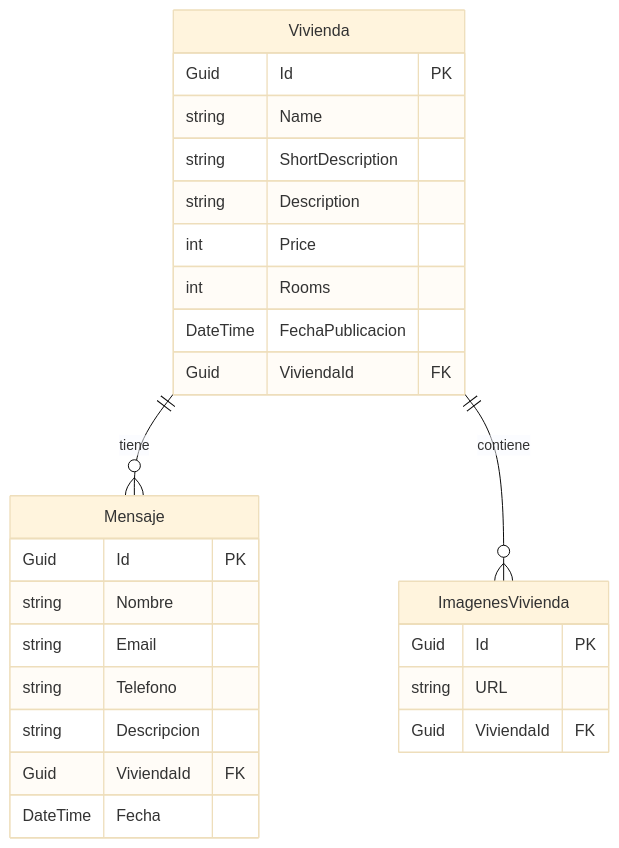
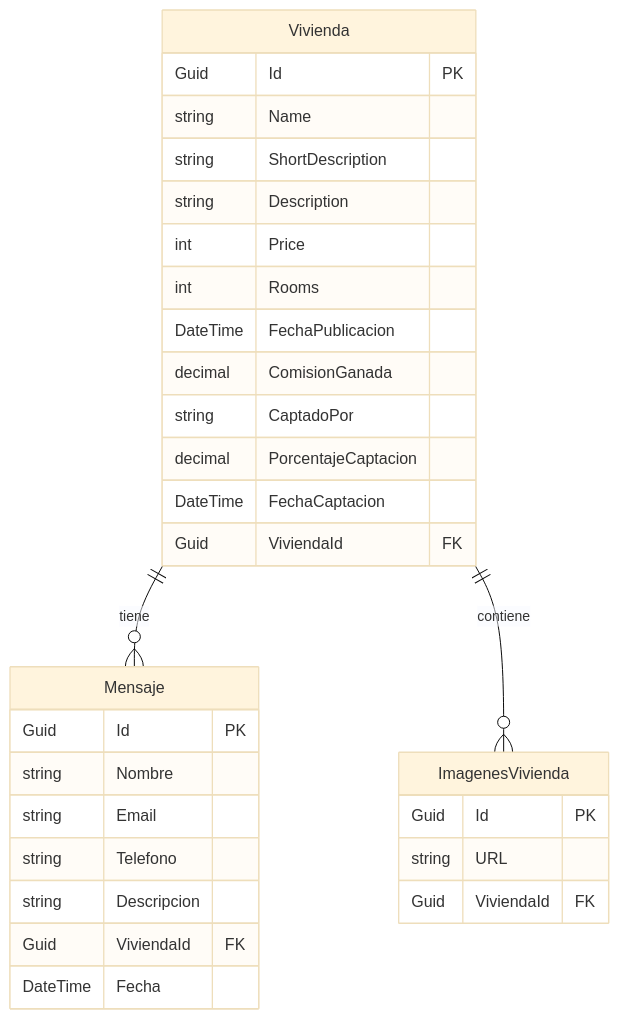
The diagram in .github/instructions/Modelo de datos.instructions.md (AlexAlvarezAlmendros/FincasTrimarWeb), drawn with Mermaid (base theme) before and after one commit. The commit also changed other lines of this file and 19 other files, not shown here.

````diff
--- a/.github/instructions/Modelo de datos.instructions.md
+++ b/.github/instructions/Modelo de datos.instructions.md
@@ -105,33 +110,37 @@
 ```mermaid
 erDiagram
     Vivienda ||--o{ Mensaje : "tiene"
     Vivienda ||--o{ ImagenesVivienda : "contiene"
 
     Vivienda {
         Guid Id PK
         string Name
         string ShortDescription
         string Description
         int Price
         int Rooms
         DateTime FechaPublicacion
+        decimal ComisionGanada
+        string CaptadoPor
+        decimal PorcentajeCaptacion
+        DateTime FechaCaptacion
         Guid ViviendaId FK
     }
 
     Mensaje {
         Guid Id PK
         string Nombre
         string Email
         string Telefono
         string Descripcion
         Guid ViviendaId FK
         DateTime Fecha
     }
 
     ImagenesVivienda {
         Guid Id PK
         string URL
         Guid ViviendaId FK
     }
 
 ```
````
